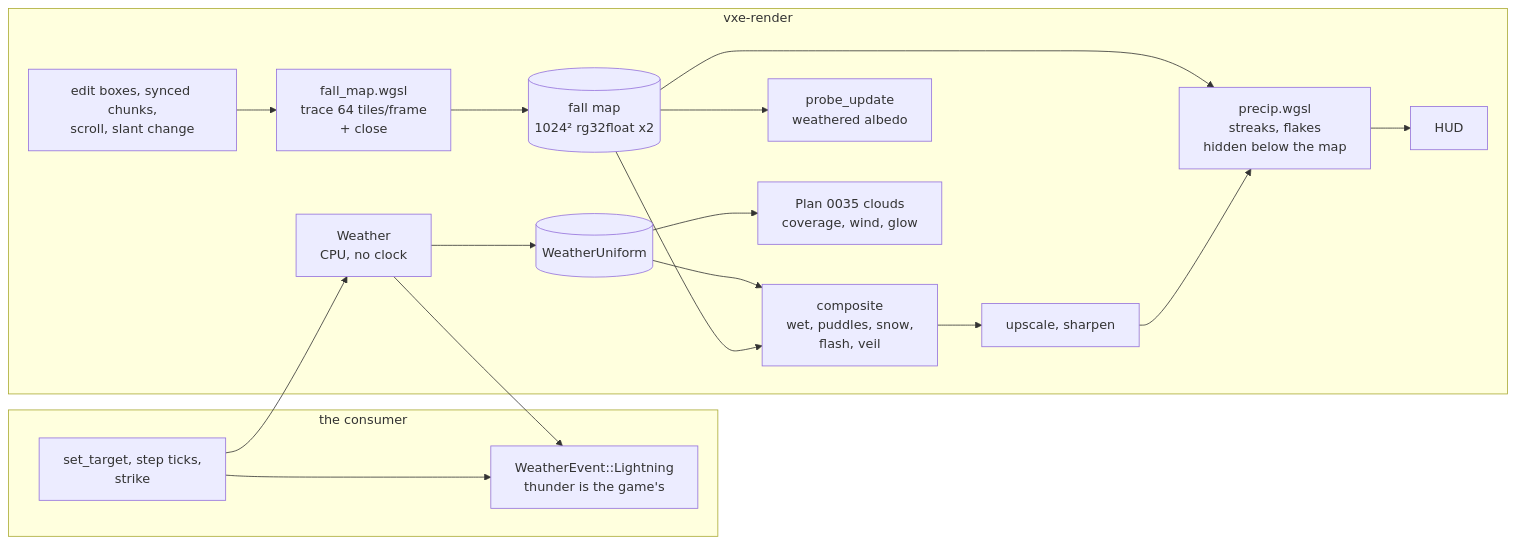
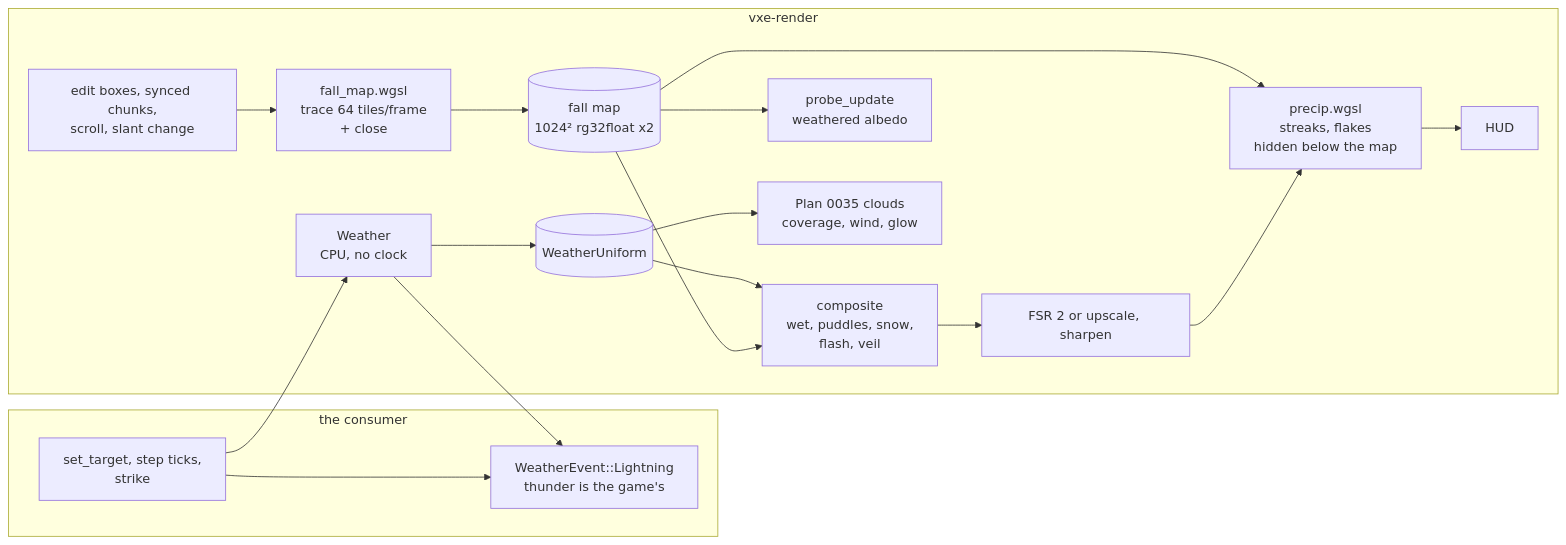
One commit to IgorKonovalov/voxel-engine changed the diagram in docs/plans/0036-weather-rain-snow-wind-wet-surfaces-snow-cover-lightning.md. Above: the diagram before and after it, drawn with Mermaid. The commit also changed other lines of this file, not shown here.

First line of the commit message:
docs(plans): amend plan 0036 for FSR 2's last pass and flag the cover's normal

````diff
--- a/docs/plans/0036-weather-rain-snow-wind-wet-surfaces-snow-cover-lightning.md
+++ b/docs/plans/0036-weather-rain-snow-wind-wet-surfaces-snow-cover-lightning.md
@@ -94,19 +107,19 @@
 ```mermaid
 flowchart LR
     subgraph game [the consumer]
         G[set_target, step ticks,\nstrike] --> EV[WeatherEvent::Lightning\nthunder is the game's]
     end
     subgraph render [vxe-render]
         W[Weather\nCPU, no clock] --> U[(WeatherUniform)]
         ED[edit boxes, synced chunks,\nscroll, slant change] --> FM[fall_map.wgsl\ntrace 64 tiles/frame\n+ close]
         FM --> MAP[(fall map\n1024² rg32float x2)]
         MAP --> CO[composite\nwet, puddles, snow,\nflash, veil]
         MAP --> PU[probe_update\nweathered albedo]
         U --> CO
         U --> CL[Plan 0035 clouds\ncoverage, wind, glow]
-        CO --> UP[upscale, sharpen] --> PR[precip.wgsl\nstreaks, flakes\nhidden below the map] --> HUD[HUD]
+        CO --> UP[FSR 2 or upscale, sharpen] --> PR[precip.wgsl\nstreaks, flakes\nhidden below the map] --> HUD[HUD]
         MAP --> PR
     end
     G --> W
     W --> EV
 ```
````
